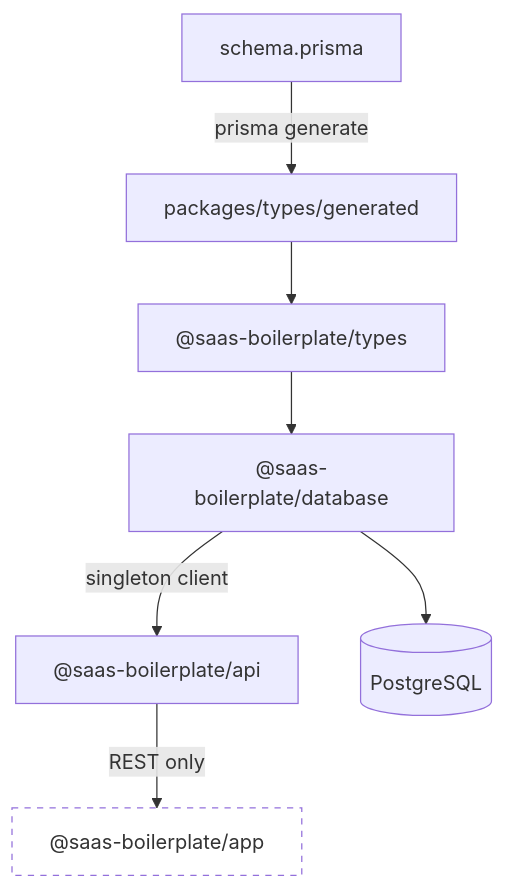
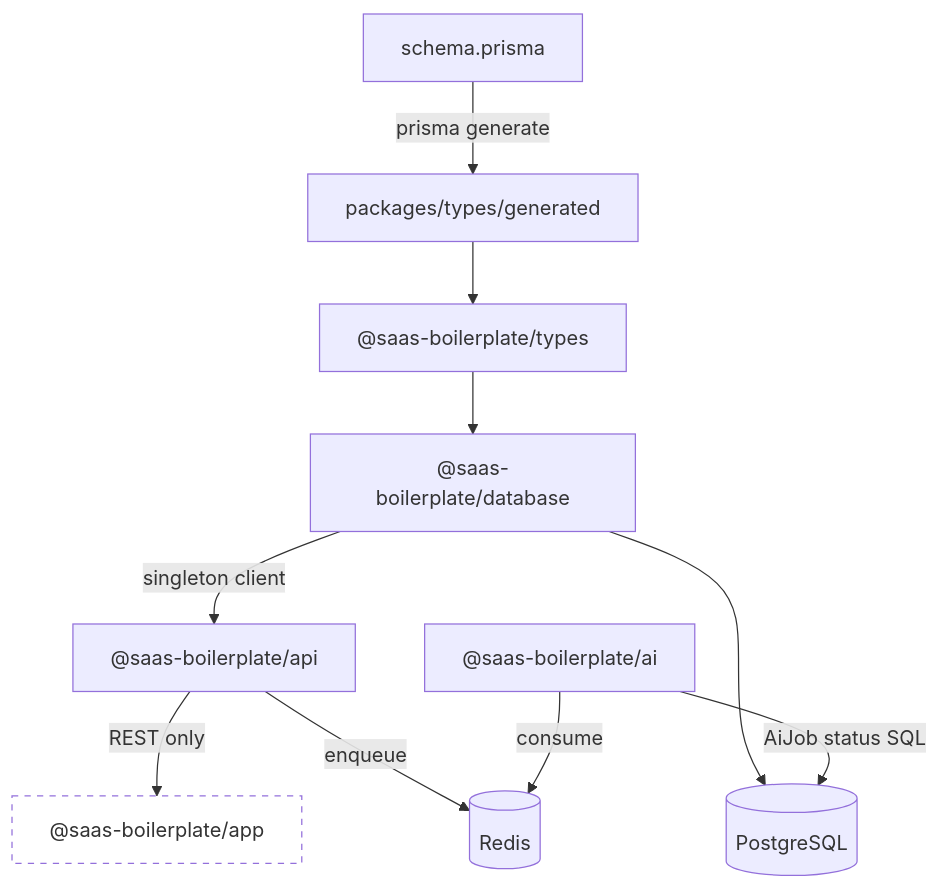
The diagram in doc/features/database-layer.md (Khalil-Bchir/full-stack-saas-boilerplate), drawn with Mermaid before and after one commit. The commit also changed other lines of this file and 91 other files, not shown here.

````diff
--- a/doc/features/database-layer.md
+++ b/doc/features/database-layer.md
@@ -7,11 +7,14 @@
 ```mermaid
 flowchart TB
     Schema[schema.prisma] -->|prisma generate| Gen[packages/types/generated]
     Gen --> TypesPkg["@saas-boilerplate/types"]
     TypesPkg --> DbPkg["@saas-boilerplate/database"]
     DbPkg -->|singleton client| API["@saas-boilerplate/api"]
     API -->|REST only| App["@saas-boilerplate/app"]
     DbPkg --> PG[(PostgreSQL)]
+    AI["@saas-boilerplate/ai"] -->|AiJob status SQL| PG
+    API -->|enqueue| Redis[(Redis)]
+    AI -->|consume| Redis
 
     style App fill:none,stroke-dasharray: 5 5
 ```
````
